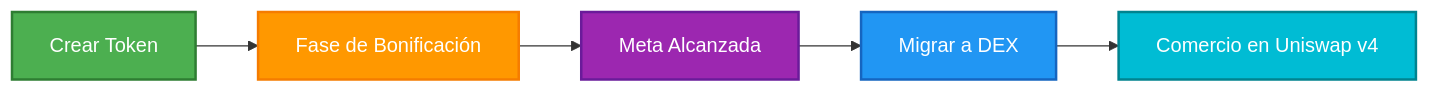
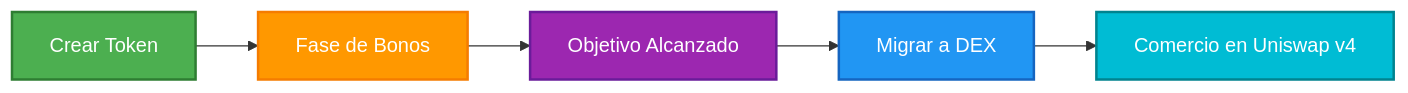
The diagram in docs/es/bondkit/introduction.mdx (b3-fun/b3), drawn with Mermaid before and after one commit. The commit also changed other lines of this file and 52 other files, not shown here.

````diff
--- a/docs/es/bondkit/introduction.mdx
+++ b/docs/es/bondkit/introduction.mdx
@@ -41,13 +41,13 @@
 ```mermaid
 graph LR
-    A[Crear Token] --> B[Fase de Bonificación]
-    B --> C[Meta Alcanzada]
+    A[Crear Token] --> B[Fase de Bonos]
+    B --> C[Objetivo Alcanzado]
     C --> D[Migrar a DEX]
     D --> E[Comercio en Uniswap v4]
     
     style A fill:#4CAF50,stroke:#2E7D32,stroke-width:2px,color:#fff
     style B fill:#FF9800,stroke:#F57C00,stroke-width:2px,color:#fff
     style C fill:#9C27B0,stroke:#6A1B9A,stroke-width:2px,color:#fff
     style D fill:#2196F3,stroke:#1565C0,stroke-width:2px,color:#fff
     style E fill:#00BCD4,stroke:#00838F,stroke-width:2px,color:#fff
 ```
````
